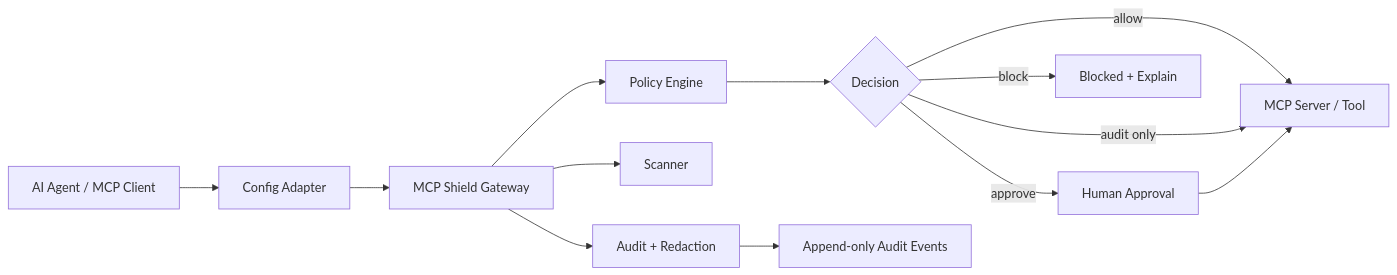
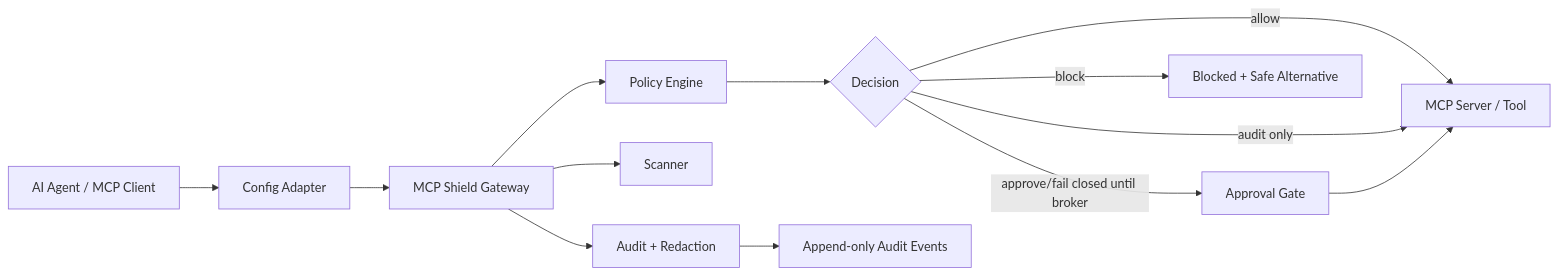
One commit to ramgolladi1503-sys/MCP changed the diagram in README.md. Above: the diagram before and after it, drawn with Mermaid. The commit also changed other lines of this file, not shown here.

````diff
--- a/README.md
+++ b/README.md
@@ -134,15 +141,15 @@
 ```mermaid
 flowchart LR
     A[AI Agent / MCP Client] --> B[Config Adapter]
     B --> C[MCP Shield Gateway]
     C --> D[Policy Engine]
     C --> E[Scanner]
     C --> F[Audit + Redaction]
     D --> G{Decision}
     G -->|allow| H[MCP Server / Tool]
     G -->|audit only| H
-    G -->|approve| I[Human Approval]
-    G -->|block| J[Blocked + Explain]
+    G -->|approve/fail closed until broker| I[Approval Gate]
+    G -->|block| J[Blocked + Safe Alternative]
     I --> H
     F --> K[Append-only Audit Events]
 ```
````
